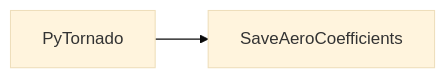
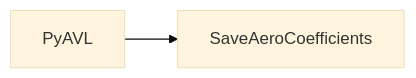
Before and after one commit to cfsengineering/CEASIOMpy: the first of 2 diagrams in README.md, drawn with Mermaid (base theme). The commit also changed other lines of this file and 2 other files, not shown here.

Commit message:
subprocess

````diff
--- a/README.md
+++ b/README.md
@@ -80,4 +80,4 @@
 ```mermaid
   graph LR;
-      PyTornado-->SaveAeroCoefficients;
+      PyAVL-->SaveAeroCoefficients;
 ```
````
